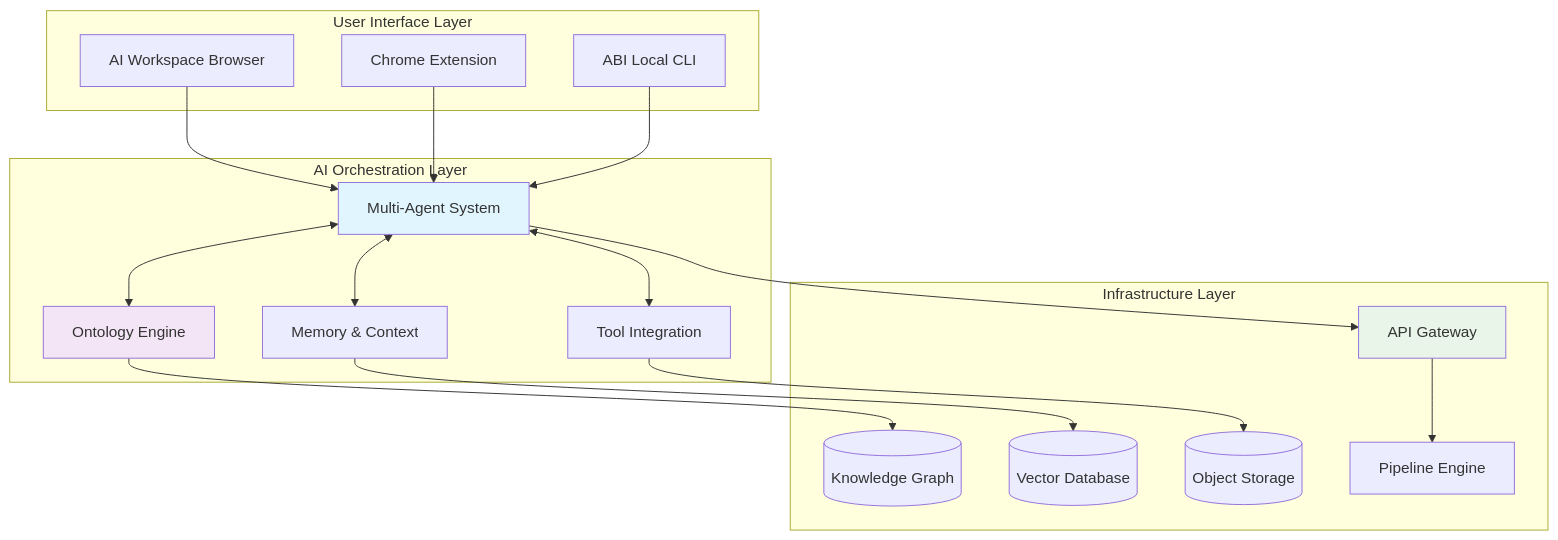
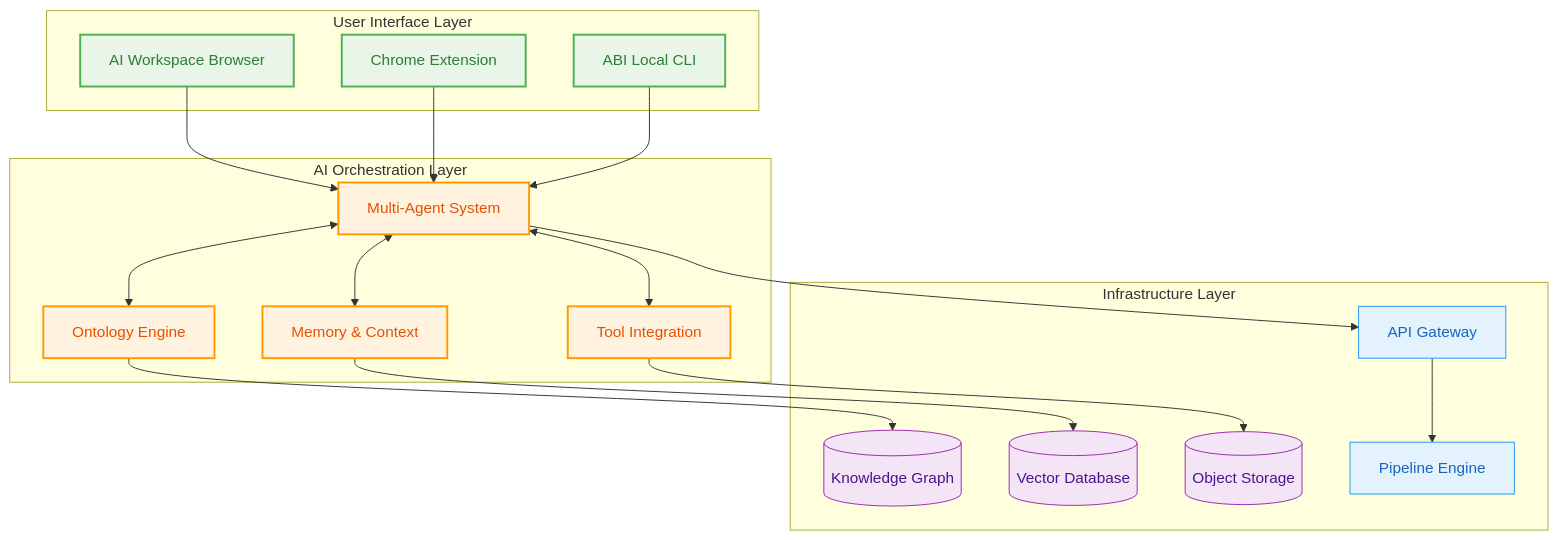
Before and after one commit to jupyter-naas/docs: the first of 2 diagrams in site/docs/scale/architecture/overview.md, drawn with Mermaid. The commit also changed other lines of this file and 4 other files, not shown here.

First line of the commit message:
feat: Implement consistent Mermaid styling across all architecture diagrams

````diff
--- a/site/docs/scale/architecture/overview.md
+++ b/site/docs/scale/architecture/overview.md
@@ -13,41 +13,48 @@
 ```mermaid
 graph TB
     subgraph "User Interface Layer"
         UI[AI Workspace Browser]
         EXT[Chrome Extension]
         CLI[ABI Local CLI]
     end
     
     subgraph "AI Orchestration Layer"
         AGENTS[Multi-Agent System]
         ONTOLOGY[Ontology Engine]
         MEMORY[Memory & Context]
         TOOLS[Tool Integration]
     end
     
     subgraph "Infrastructure Layer"
         API[API Gateway]
         DB[(Knowledge Graph)]
         VECTOR[(Vector Database)]
         STORAGE[(Object Storage)]
         PIPELINE[Pipeline Engine]
     end
     
     UI --> AGENTS
     EXT --> AGENTS
     CLI --> AGENTS
     
     AGENTS <--> ONTOLOGY
     AGENTS <--> MEMORY
     AGENTS <--> TOOLS
     
     AGENTS --> API
     ONTOLOGY --> DB
     MEMORY --> VECTOR
     TOOLS --> STORAGE
     API --> PIPELINE
     
-    style AGENTS fill:#e1f5fe
-    style ONTOLOGY fill:#f3e5f5
-    style API fill:#e8f5e8
+    classDef userExp fill:#e8f5e8,stroke:#4caf50,stroke-width:2px,color:#2e7d32
+    classDef platform fill:#e3f2fd,stroke:#2196f3,stroke-width:1px,color:#1565c0
+    classDef aiEngine fill:#fff3e0,stroke:#ff9800,stroke-width:2px,color:#e65100
+    classDef dataLayer fill:#f3e5f5,stroke:#9c27b0,stroke-width:1px,color:#4a148c
+    classDef infrastructure fill:#fce4ec,stroke:#e91e63,stroke-width:1px,color:#880e4f
+    
+    class UI,EXT,CLI userExp
+    class API,PIPELINE platform
+    class AGENTS,ONTOLOGY,MEMORY,TOOLS aiEngine
+    class DB,VECTOR,STORAGE dataLayer
 ```
````
